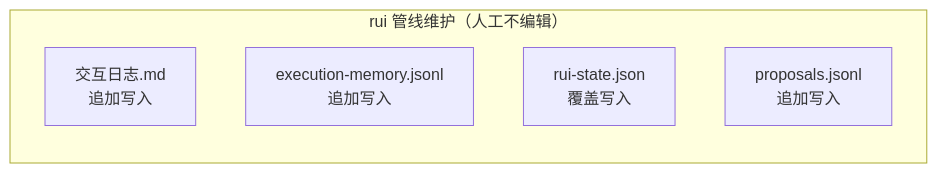
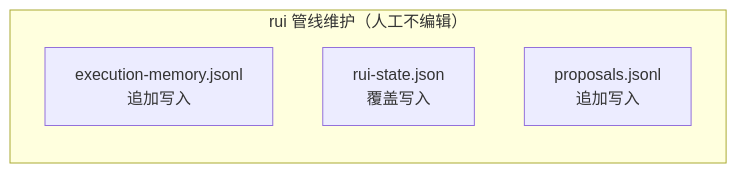
The fourth of 5 diagrams in skills/rui/coder.md (effiy/YrY), drawn with Mermaid before and after one commit. The commit also changed other lines of this file and 37 other files, not shown here.

````diff
--- a/skills/rui/coder.md
+++ b/skills/rui/coder.md
@@ -122,10 +118,9 @@
 ```mermaid
 flowchart LR
     subgraph 管理["rui 管线维护（人工不编辑）"]
-        M0["交互日志.md<br/>追加写入"]:::data
         M1["execution-memory.jsonl<br/>追加写入"]:::data
         M2["rui-state.json<br/>覆盖写入"]:::data
         M3["proposals.jsonl<br/>追加写入"]:::data
     end
 
 ```
````
